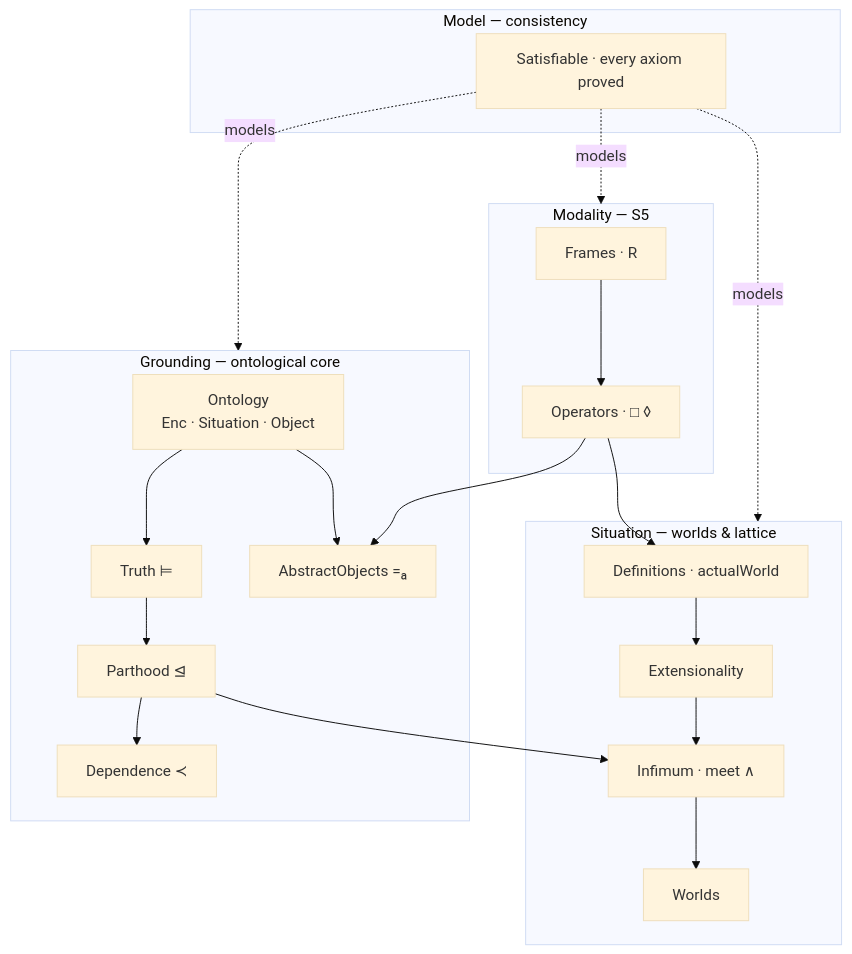
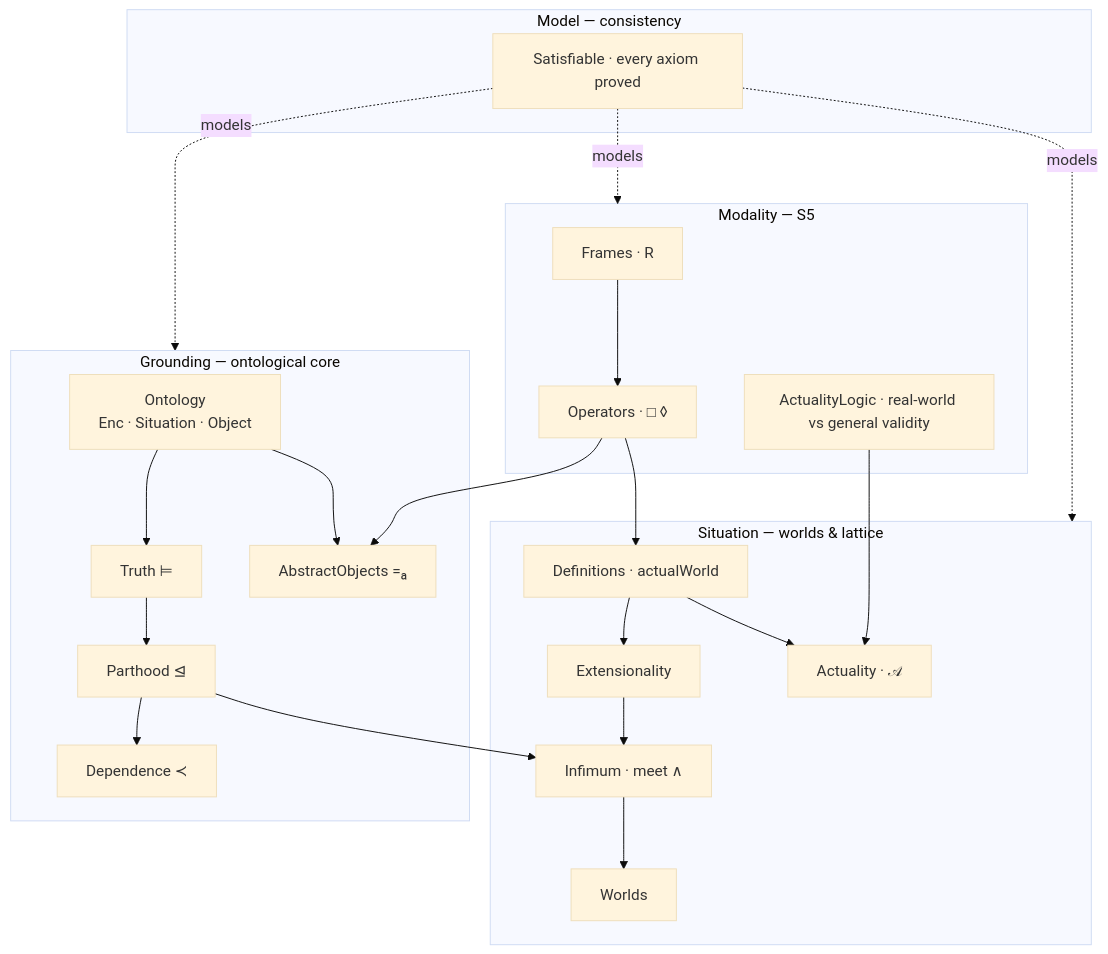
The first of 2 diagrams in README.md (HanielUlises/Possible-World-Semantics), drawn with Mermaid (base theme) before and after one commit. The commit also changed other lines of this file, not shown here.

First line of the commit message:
Document actuality and contingent logical truths in README

````diff
--- a/README.md
+++ b/README.md
@@ -17,32 +17,36 @@
 ```mermaid
 flowchart TD
     subgraph G["Grounding — ontological core"]
         Ont["Ontology<br/>Enc · Situation · Object"]
         Tru["Truth ⊨"]
         Par["Parthood ⊴"]
         Dep["Dependence ≺"]
         Abs["AbstractObjects =ₐ"]
     end
     subgraph M["Modality — S5"]
         Fr["Frames · R"]
         Op["Operators · □ ◊"]
+        AL["ActualityLogic · real-world vs general validity"]
     end
     subgraph S["Situation — worlds & lattice"]
         Def["Definitions · actualWorld"]
         Ext["Extensionality"]
         Inf["Infimum · meet ∧"]
         Wld["Worlds"]
+        Act["Actuality · 𝒜"]
     end
     Ont --> Tru --> Par --> Dep
     Ont --> Abs
     Par --> Inf
     Fr --> Op
     Op --> Abs
     Op --> Def --> Ext --> Inf --> Wld
+    Def --> Act
+    AL --> Act
     subgraph X["Model — consistency"]
         Sat["Satisfiable · every axiom proved"]
     end
     Sat -. "models" .-> G
     Sat -. "models" .-> M
     Sat -. "models" .-> S
 ```
````
